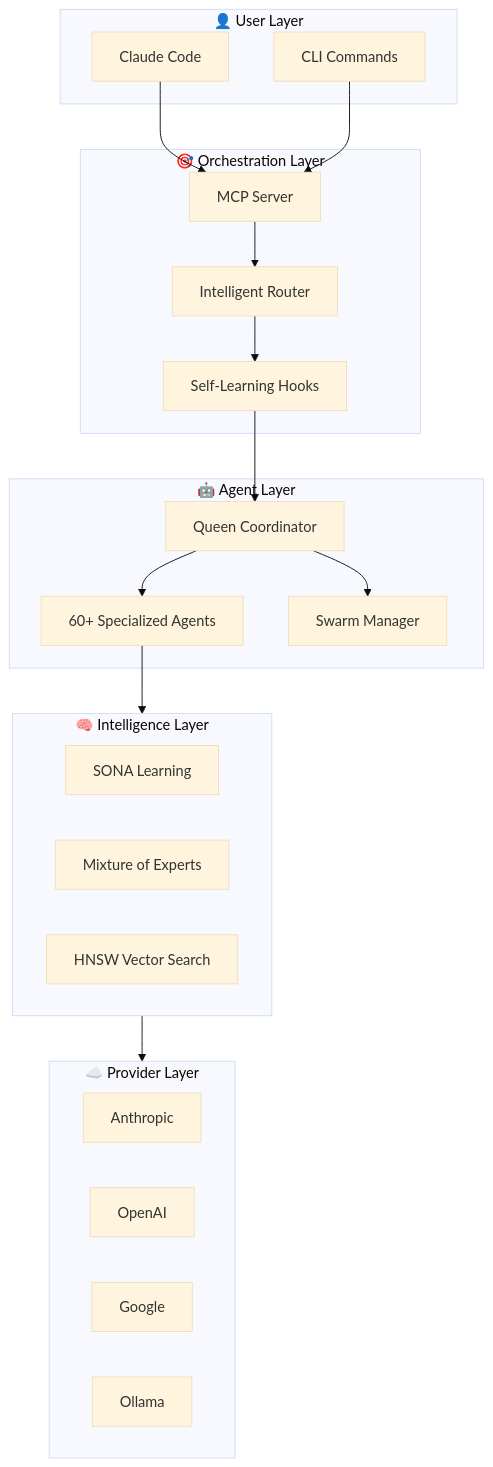
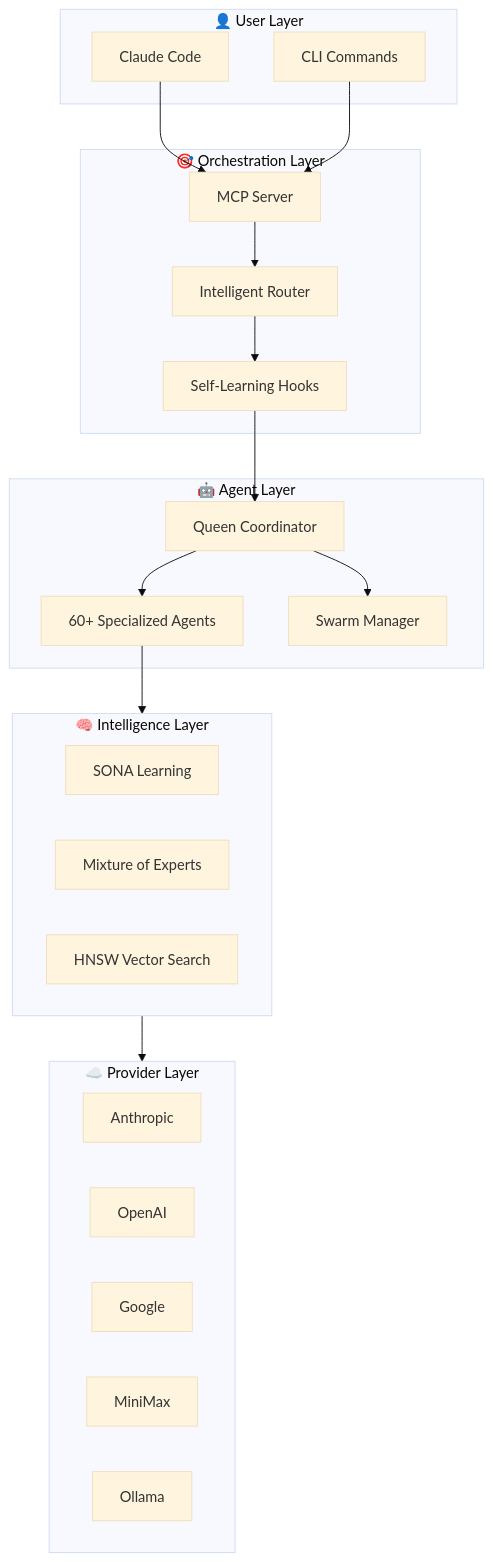
Before and after one commit to ops883/ruflo: the second of 6 diagrams in README.md, drawn with Mermaid (base theme). The commit also changed other lines of this file and 5 other files, not shown here.

First line of the commit message:
feat: add MiniMax provider support

````diff
--- a/README.md
+++ b/README.md
@@ -878,42 +878,43 @@
 ```mermaid
 flowchart TB
     subgraph User["👤 User Layer"]
         CC[Claude Code]
         CLI[CLI Commands]
     end
 
     subgraph Orchestration["🎯 Orchestration Layer"]
         MCP[MCP Server]
         Router[Intelligent Router]
         Hooks[Self-Learning Hooks]
     end
 
     subgraph Agents["🤖 Agent Layer"]
         Queen[Queen Coordinator]
         Workers[60+ Specialized Agents]
         Swarm[Swarm Manager]
     end
 
     subgraph Intelligence["🧠 Intelligence Layer"]
         SONA[SONA Learning]
         MoE[Mixture of Experts]
         HNSW[HNSW Vector Search]
     end
 
     subgraph Providers["☁️ Provider Layer"]
         Anthropic[Anthropic]
         OpenAI[OpenAI]
         Google[Google]
+        MiniMax[MiniMax]
         Ollama[Ollama]
     end
 
     CC --> MCP
     CLI --> MCP
     MCP --> Router
     Router --> Hooks
     Hooks --> Queen
     Queen --> Workers
     Queen --> Swarm
     Workers --> Intelligence
     Intelligence --> Providers
 ```
````
